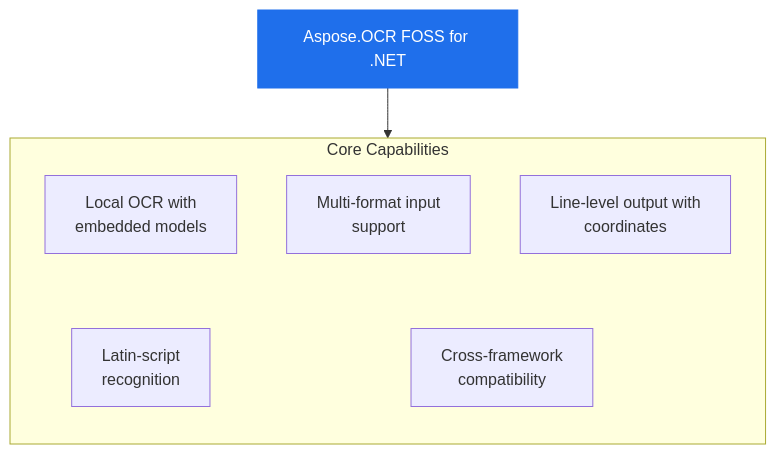
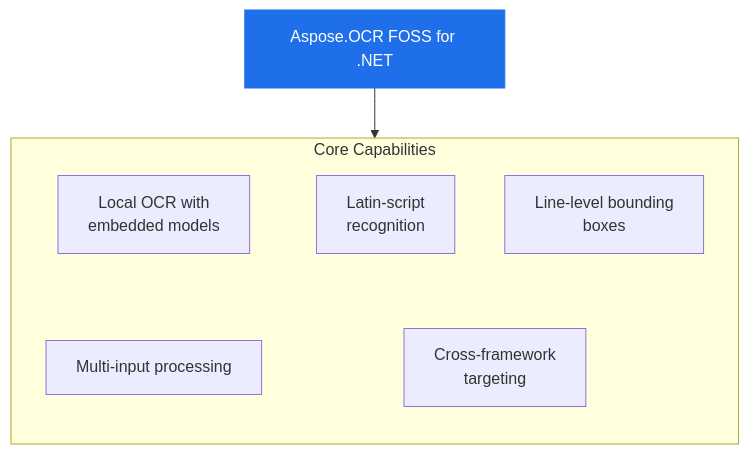
One commit to babar-raza/repo-presenter changed the diagram in 032181110c3d6d3689404021d7473ccfd9050a80/README.md. Above: the diagram before and after it, drawn with Mermaid. The commit also changed other lines of this file and 9 other files, not shown here.

````diff
--- a/032181110c3d6d3689404021d7473ccfd9050a80/README.md
+++ b/032181110c3d6d3689404021d7473ccfd9050a80/README.md
@@ -25,18 +25,18 @@
 ```mermaid
 flowchart TB
   PRODUCT["Aspose.OCR FOSS for .NET"]
   subgraph Capabilities["Core Capabilities"]
     direction TB
     c1["Local OCR with<br/>embedded models"]
-    c2["Multi-format input<br/>support"]
-    c3["Line-level output with<br/>coordinates"]
-    c4["Latin-script<br/>recognition"]
-    c5["Cross-framework<br/>compatibility"]
+    c2["Latin-script<br/>recognition"]
+    c3["Line-level bounding<br/>boxes"]
+    c4["Multi-input processing"]
+    c5["Cross-framework<br/>targeting"]
     c1 ~~~ c4
     c2 ~~~ c5
     c3 ~~~ c5
   end
   PRODUCT --> Capabilities
   classDef product fill:#1f6feb,stroke:#1f6feb,color:#ffffff
   class PRODUCT product
 ```
````
